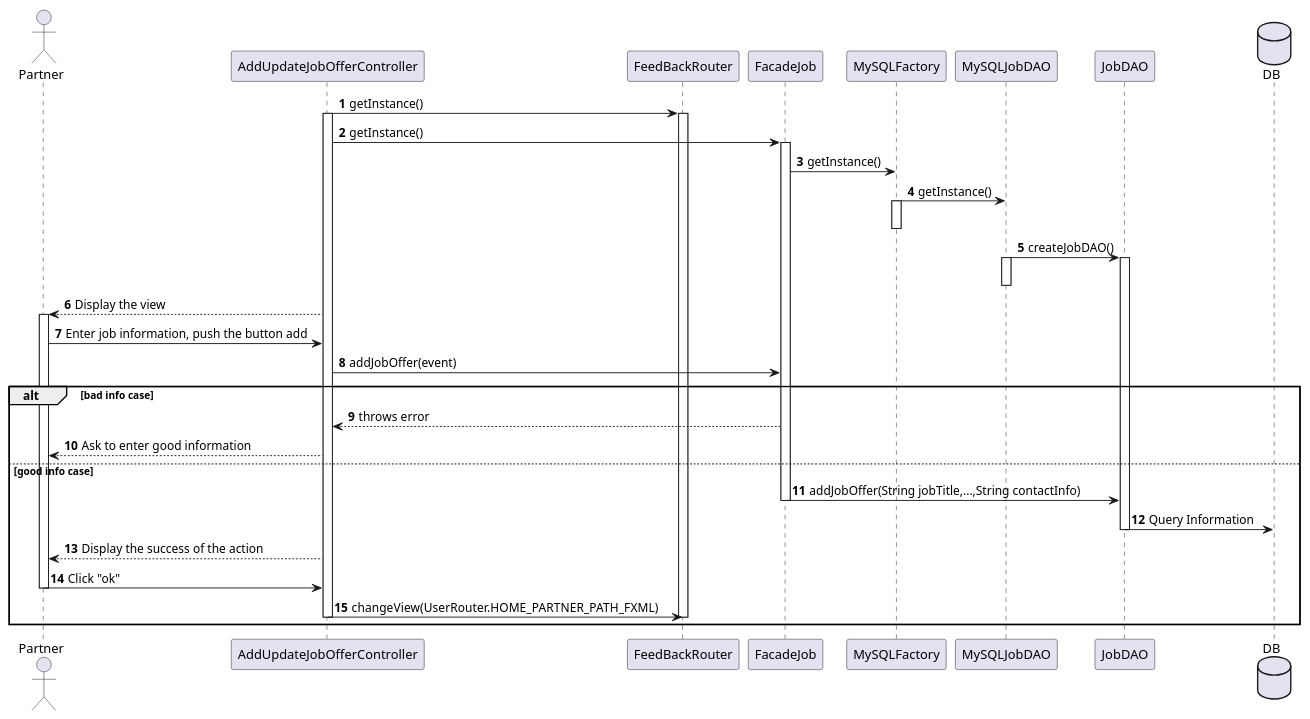
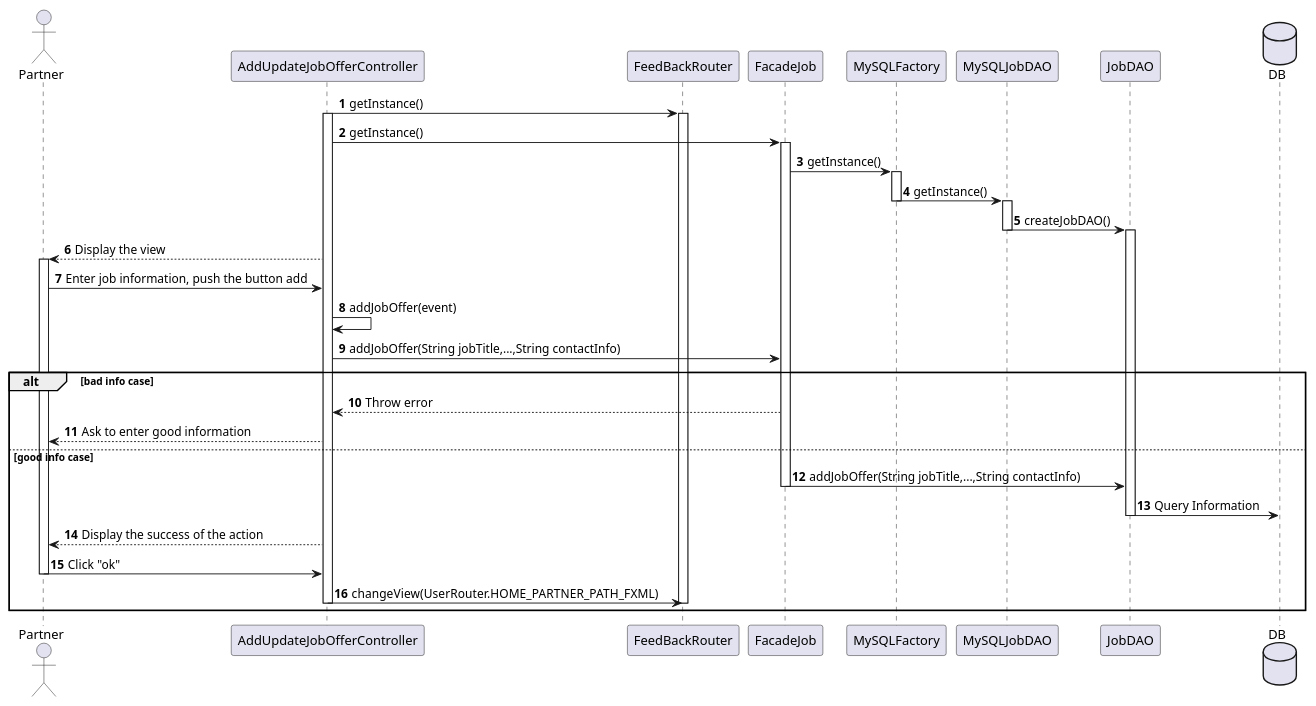
Before and after one commit to guiguie34/StudEasy: the diagram in project_diagrams/sequenceDiagrams/jobManagement.puml, drawn with PlantUML. The commit also changed 4 other files, not shown here.

Commit message:
Fix : sequence diagrams + architecture diagrams

```diff
--- a/project_diagrams/sequenceDiagrams/jobManagement.puml
+++ b/project_diagrams/sequenceDiagrams/jobManagement.puml
@@ -1,37 +1,39 @@
 @startuml
 autonumber
 actor Partner
 AddUpdateJobOfferController -> FeedBackRouter : getInstance()
 activate AddUpdateJobOfferController
 activate FeedBackRouter
 AddUpdateJobOfferController -> FacadeJob : getInstance()
 activate FacadeJob
 FacadeJob -> MySQLFactory : getInstance()
+activate MySQLFactory
 MySQLFactory -> MySQLJobDAO : getInstance()
-activate MySQLFactory
 deactivate MySQLFactory
+activate MySQLJobDAO
+
 MySQLJobDAO -> JobDAO : createJobDAO()
-activate MySQLJobDAO
 deactivate MySQLJobDAO
 activate JobDAO
 AddUpdateJobOfferController --> Partner : Display the view
 activate Partner
 Partner -> AddUpdateJobOfferController : Enter job information, push the button add
-AddUpdateJobOfferController -> FacadeJob : addJobOffer(event)
+AddUpdateJobOfferController -> AddUpdateJobOfferController : addJobOffer(event)
+AddUpdateJobOfferController -> FacadeJob : addJobOffer(String jobTitle,...,String contactInfo)
 alt bad info case
-    FacadeJob --> AddUpdateJobOfferController : throws error
+    FacadeJob --> AddUpdateJobOfferController : Throw error
     AddUpdateJobOfferController --> Partner : Ask to enter good information
 else good info case
     FacadeJob -> JobDAO : addJobOffer(String jobTitle,...,String contactInfo)
     deactivate FacadeJob
     database DB
     JobDAO -> DB : Query Information
     deactivate JobDAO
     AddUpdateJobOfferController --> Partner : Display the success of the action
     Partner -> AddUpdateJobOfferController : Click "ok"
     deactivate Partner
     AddUpdateJobOfferController -> FeedBackRouter : changeView(UserRouter.HOME_PARTNER_PATH_FXML)
     deactivate AddUpdateJobOfferController
     deactivate FeedBackRouter
 end
 @enduml
```
